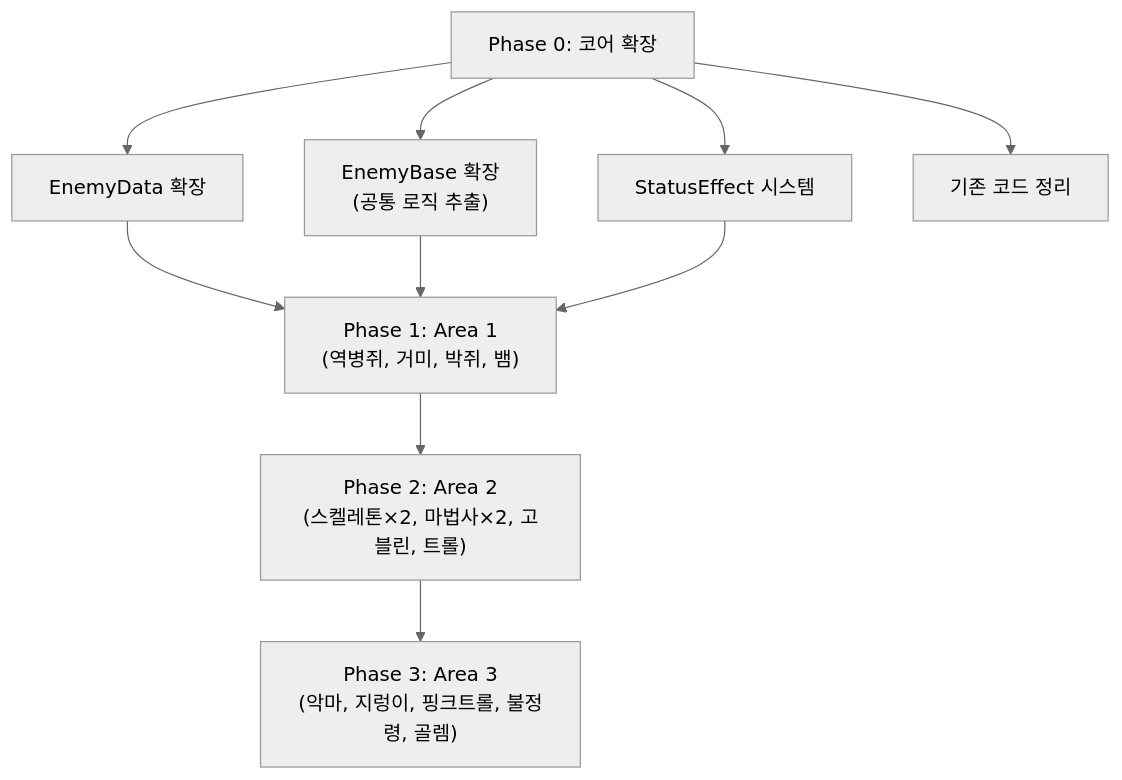
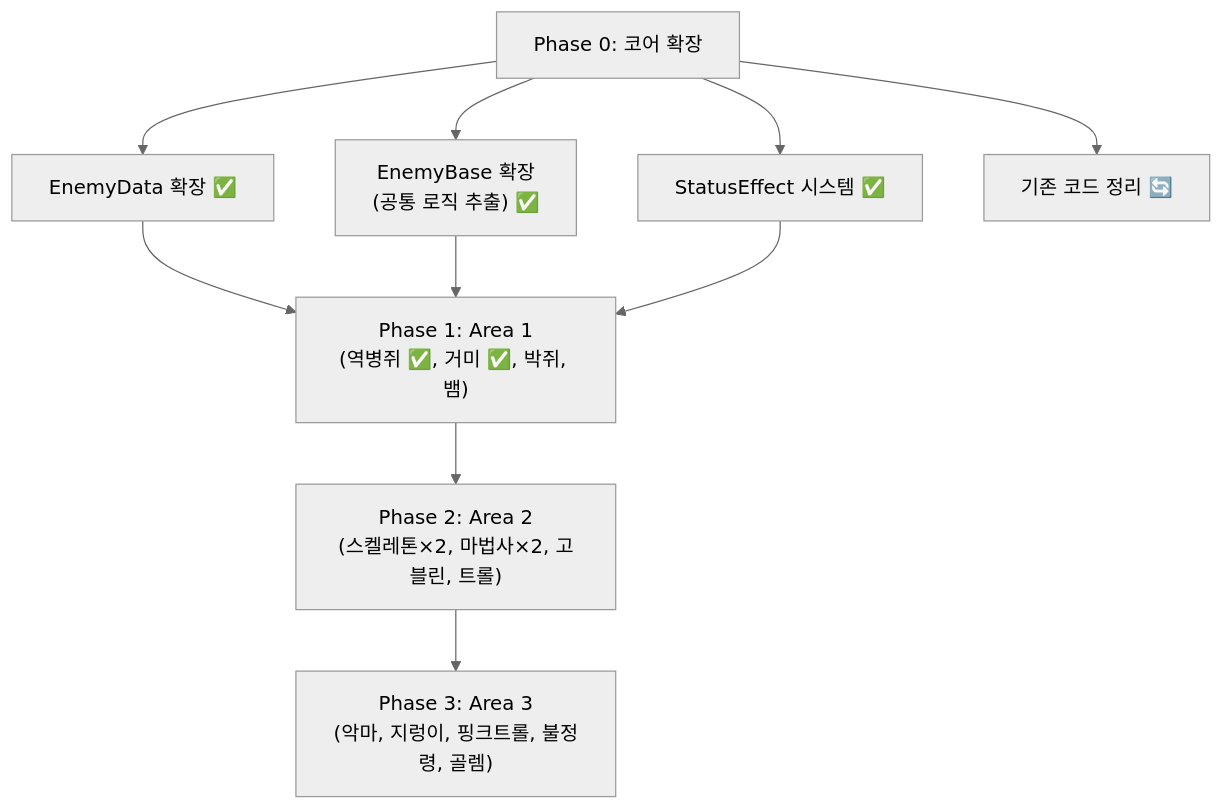
The diagram in Assets/KKH/05. Assetss/Document/enemy_refactor_todo.md (Kimdoeon52/OHP_Project), drawn with Mermaid (neutral theme) before and after one commit. The commit also changed other lines of this file and 17 other files, not shown here.

````diff
--- a/Assets/KKH/05. Assetss/Document/enemy_refactor_todo.md
+++ b/Assets/KKH/05. Assetss/Document/enemy_refactor_todo.md
@@ -187,22 +192,22 @@
 ```mermaid
 graph TD
     P0["Phase 0: 코어 확장"]
-    P0A["EnemyData 확장"]
-    P0B["EnemyBase 확장<br/>(공통 로직 추출)"]
-    P0C["StatusEffect 시스템"]
-    P0D["기존 코드 정리"]
+    P0A["EnemyData 확장 ✅"]
+    P0B["EnemyBase 확장<br/>(공통 로직 추출) ✅"]
+    P0C["StatusEffect 시스템 ✅"]
+    P0D["기존 코드 정리 🔄"]
 
-    P1["Phase 1: Area 1<br/>(역병쥐, 거미, 박쥐, 뱀)"]
+    P1["Phase 1: Area 1<br/>(역병쥐 ✅, 거미 ✅, 박쥐, 뱀)"]
     P2["Phase 2: Area 2<br/>(스켈레톤×2, 마법사×2, 고블린, 트롤)"]
     P3["Phase 3: Area 3<br/>(악마, 지렁이, 핑크트롤, 불정령, 골렘)"]
 
     P0 --> P0A
     P0 --> P0B
     P0 --> P0C
     P0 --> P0D
     P0A --> P1
     P0B --> P1
     P0C --> P1
     P1 --> P2
     P2 --> P3
 ```
````
